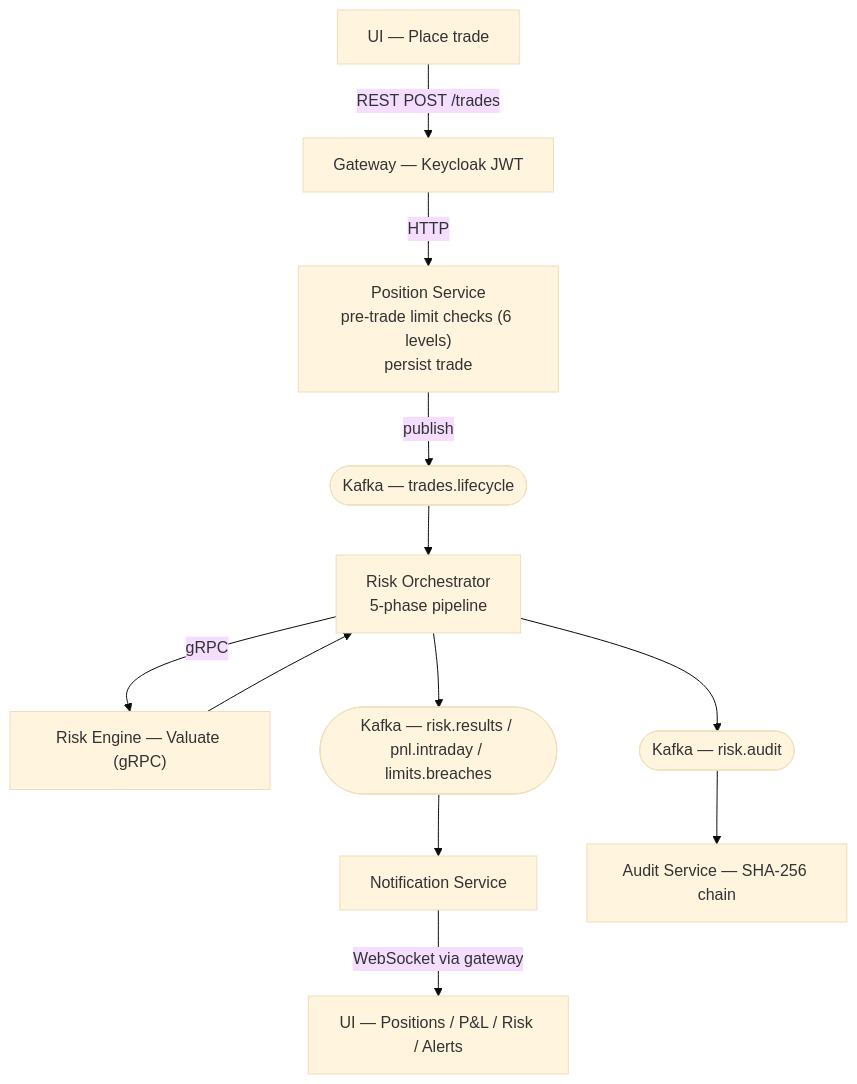
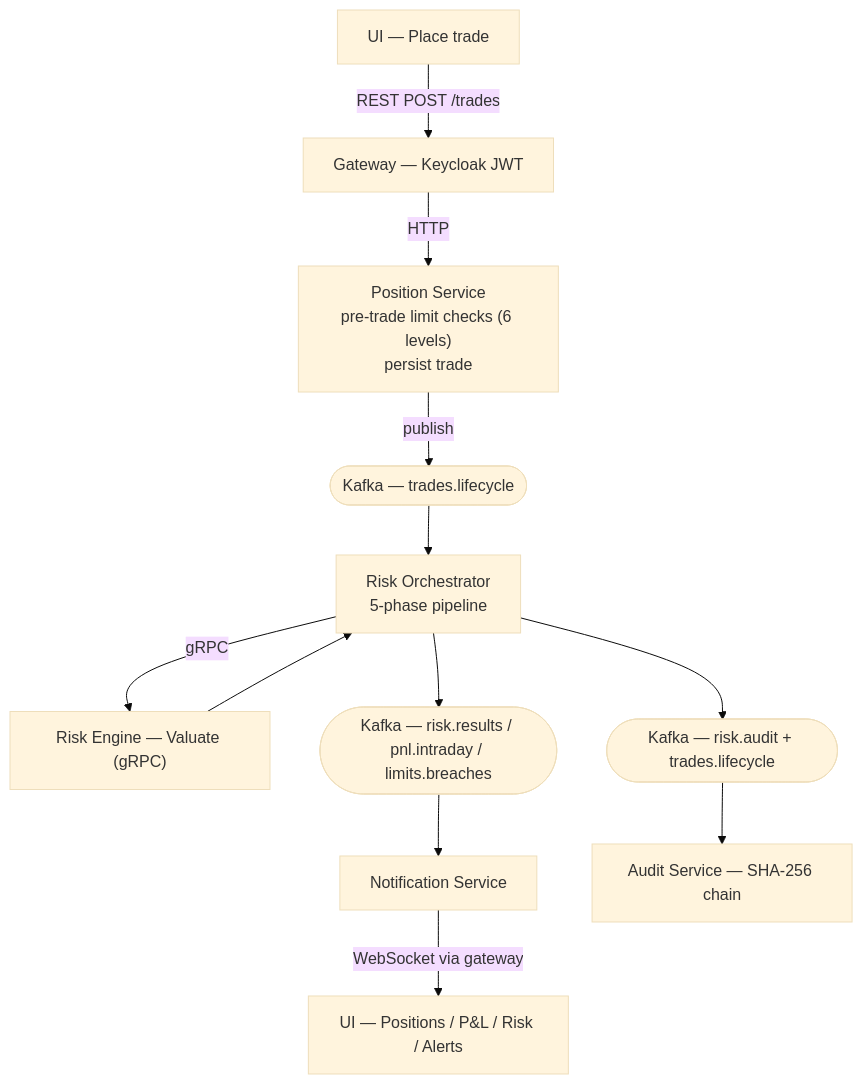
Before and after one commit to yavorpanayotov/kinetix: the second of 2 diagrams in docs/wiki/Architecture.md, drawn with Mermaid (base theme). The commit also changed 12 other files, not shown here.

First line of the commit message:
docs(diagrams): code-verify diagram source signals; sync wiki Kafka page

````diff
--- a/docs/wiki/Architecture.md
+++ b/docs/wiki/Architecture.md
@@ -125,26 +125,26 @@
 ```mermaid
 flowchart TD
     ui["UI — Place trade"]
     gw["Gateway — Keycloak JWT"]
     pos["Position Service<br/>pre-trade limit checks (6 levels)<br/>persist trade"]
     k_trades(["Kafka — trades.lifecycle"])
     orch["Risk Orchestrator<br/>5-phase pipeline"]
     re["Risk Engine — Valuate (gRPC)"]
     k_results(["Kafka — risk.results / pnl.intraday / limits.breaches"])
-    k_audit(["Kafka — risk.audit"])
+    k_audit(["Kafka — risk.audit + trades.lifecycle"])
     notif["Notification Service"]
     audit["Audit Service — SHA-256 chain"]
     wsui["UI — Positions / P&amp;L / Risk / Alerts"]
 
     ui -->|"REST POST /trades"| gw
     gw -->|"HTTP"| pos
     pos -->|"publish"| k_trades
     k_trades --> orch
     orch -->|"gRPC"| re
     re --> orch
     orch --> k_results
     orch --> k_audit
     k_results --> notif
     k_audit --> audit
     notif -->|"WebSocket via gateway"| wsui
 ```
````
